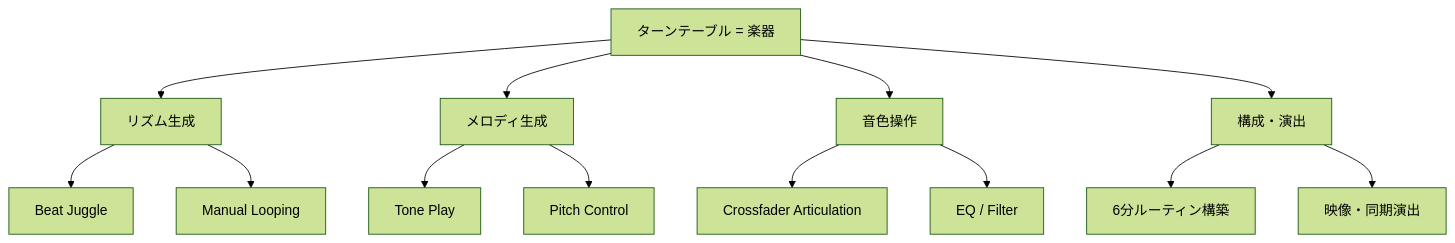
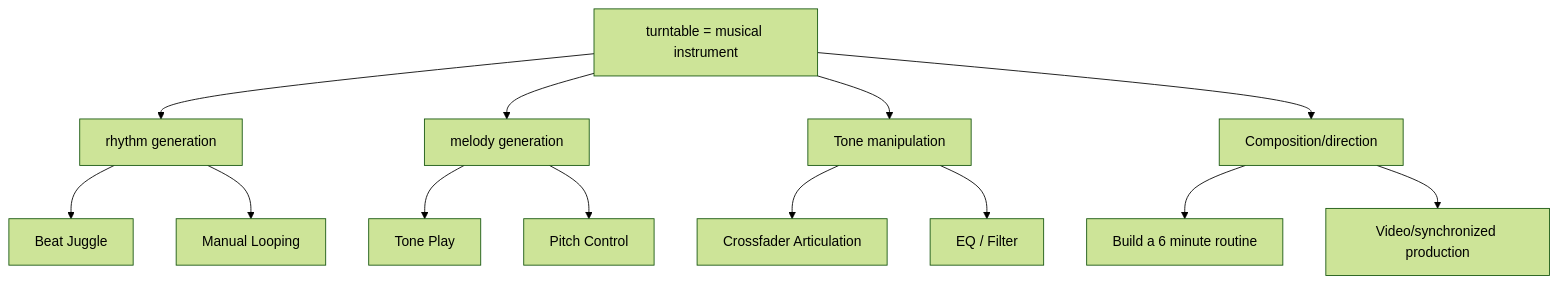
One commit to monumental-movement/monumental-movement.github.io changed the seventh of 9 diagrams in en/_posts/2025-11-23-column-dmc-world-dj-championship.md. Above: the diagram before and after it, drawn with Mermaid (forest theme). The commit also changed other lines of this file and 801 other files, not shown here.

```diff
--- a/en/_posts/2025-11-23-column-dmc-world-dj-championship.md
+++ b/en/_posts/2025-11-23-column-dmc-world-dj-championship.md
@@ -354,19 +355,19 @@
 <div class="mermaid">
 flowchart TB
-    A[ターンテーブル = 楽器] --> B[リズム生成]
-    A --> C[メロディ生成]
-    A --> D[音色操作]
-    A --> E[構成・演出]
+    A[turntable = musical instrument] --> B[rhythm generation]
+    A --> C[melody generation]
+    A --> D[Tone manipulation]
+    A --> E[Composition/direction]
 
     B --> B1[Beat Juggle]
     B --> B2[Manual Looping]
 
     C --> C1[Tone Play]
     C --> C2[Pitch Control]
 
     D --> D1[Crossfader Articulation]
     D --> D2[EQ / Filter]
 
-    E --> E1[6分ルーティン構築]
-    E --> E2[映像・同期演出]
+    E --> E1[Build a 6 minute routine]
+    E --> E2[Video/synchronized production]
 </div>
```
